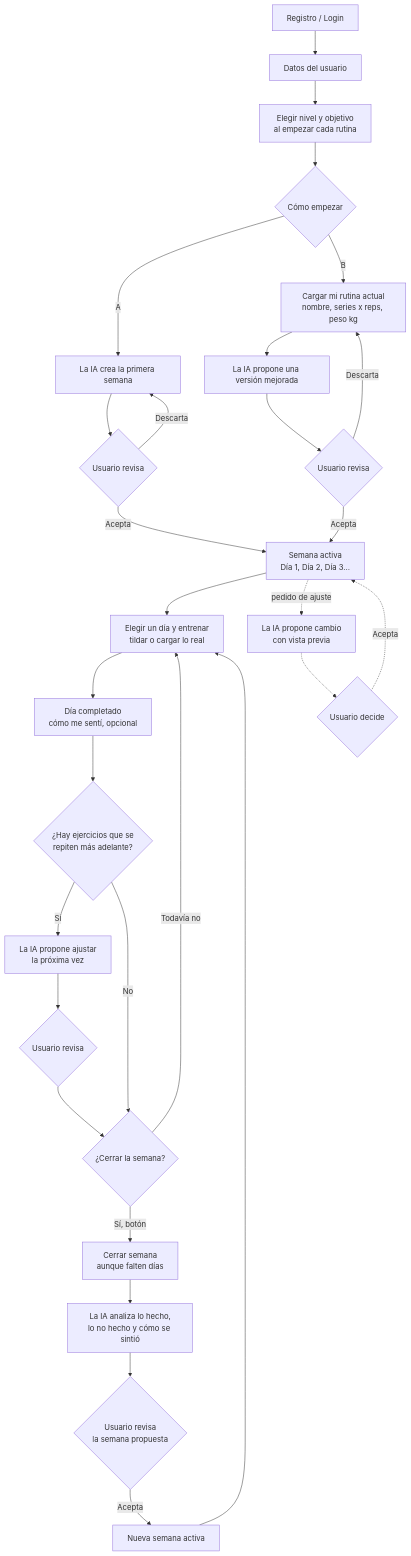
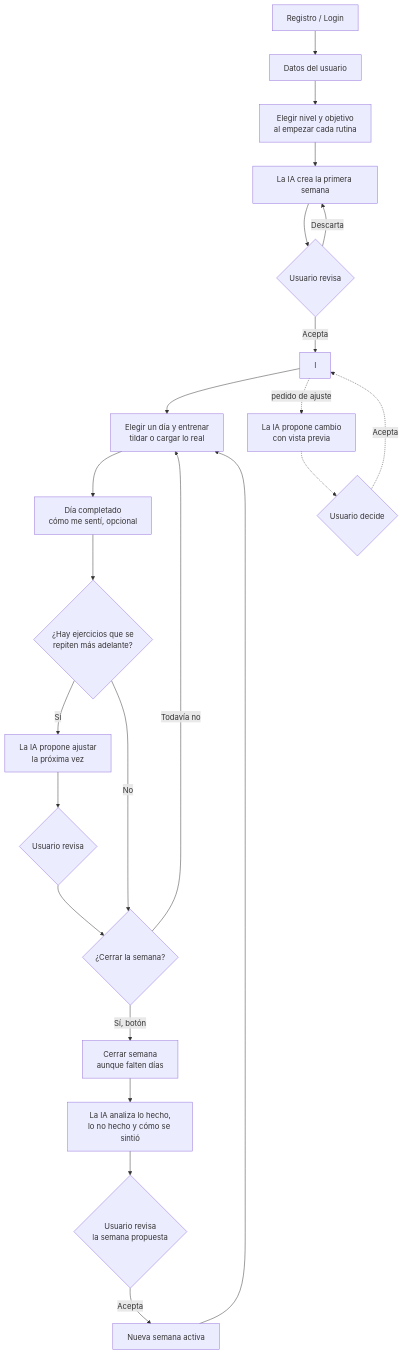
The diagram in docs/flujo-app.md (Chogarn/Spotter), drawn with Mermaid before and after one commit. The commit also changed other lines of this file and 14 other files, not shown here.

First line of the commit message:
Se descarta el camino B: la app solo crea la rutina con la IA

````diff
--- a/docs/flujo-app.md
+++ b/docs/flujo-app.md
@@ -20,31 +18,25 @@
 ```mermaid
 flowchart TD
     A[Registro / Login] --> B[Datos del usuario]
     B --> C[Elegir nivel y objetivo<br/>al empezar cada rutina]
-    C --> D{Cómo empezar}
-    D -->|A| E[La IA crea la primera semana]
-    D -->|B| F[Cargar mi rutina actual<br/>nombre, series x reps, peso kg]
-    F --> G[La IA propone una versión mejorada]
-    G --> H{Usuario revisa}
-    H -->|Acepta| I[Semana activa<br/>Día 1, Día 2, Día 3...]
-    H -->|Descarta| F
+    C --> E[La IA crea la primera semana]
     E --> J{Usuario revisa}
     J -->|Acepta| I
     J -->|Descarta| E
     I --> K[Elegir un día y entrenar<br/>tildar o cargar lo real]
     K --> L[Día completado<br/>cómo me sentí, opcional]
     L --> M{¿Hay ejercicios que se<br/>repiten más adelante?}
     M -->|Sí| N[La IA propone ajustar<br/>la próxima vez]
     N --> O{Usuario revisa}
     O --> P
     M -->|No| P{¿Cerrar la semana?}
     P -->|Todavía no| K
     P -->|Sí, botón| Q[Cerrar semana<br/>aunque falten días]
     Q --> R[La IA analiza lo hecho,<br/>lo no hecho y cómo se sintió]
     R --> S{Usuario revisa<br/>la semana propuesta}
     S -->|Acepta| T[Nueva semana activa]
     T --> K
     I -. pedido de ajuste .-> U[La IA propone cambio<br/>con vista previa]
     U -.-> V{Usuario decide}
     V -.->|Acepta| I
 ```
````
